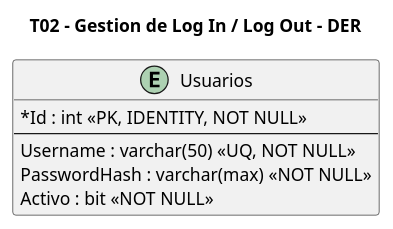
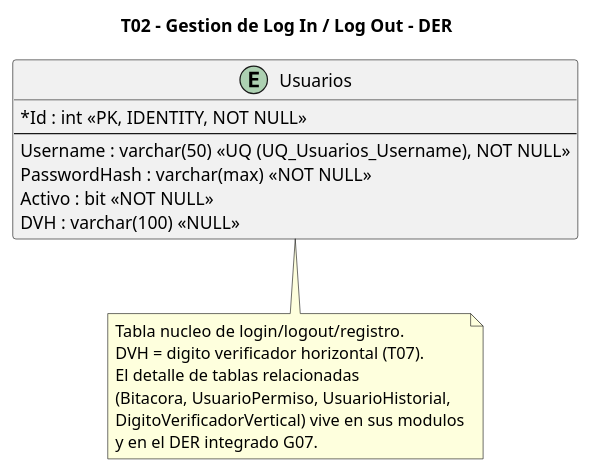
Before and after one commit to aggutierrez98/TP-TD: the diagram in diagramas/T02-login-logout/T02-login-logout-datos.puml, drawn with PlantUML. The commit also changed 56 other files, not shown here.

Commit message:
Agregar diagramas

```diff
--- a/diagramas/T02-login-logout/T02-login-logout-datos.puml
+++ b/diagramas/T02-login-logout/T02-login-logout-datos.puml
@@ -1,16 +1,28 @@
 @startuml
 title T02 - Gestion de Log In / Log Out - DER
 
 hide methods
 hide stereotypes
+skinparam backgroundColor white
 skinparam classAttributeIconSize 0
+skinparam shadowing false
 
 entity "Usuarios" as Usuarios {
   *Id : int <<PK, IDENTITY, NOT NULL>>
   --
-  Username : varchar(50) <<UQ, NOT NULL>>
+  Username : varchar(50) <<UQ (UQ_Usuarios_Username), NOT NULL>>
   PasswordHash : varchar(max) <<NOT NULL>>
   Activo : bit <<NOT NULL>>
+  DVH : varchar(100) <<NULL>>
 }
 
+note bottom of Usuarios
+  Tabla nucleo de login/logout/registro.
+  DVH = digito verificador horizontal (T07).
+  El detalle de tablas relacionadas
+  (Bitacora, UsuarioPermiso, UsuarioHistorial,
+  DigitoVerificadorVertical) vive en sus modulos
+  y en el DER integrado G07.
+end note
+
 @enduml
```
